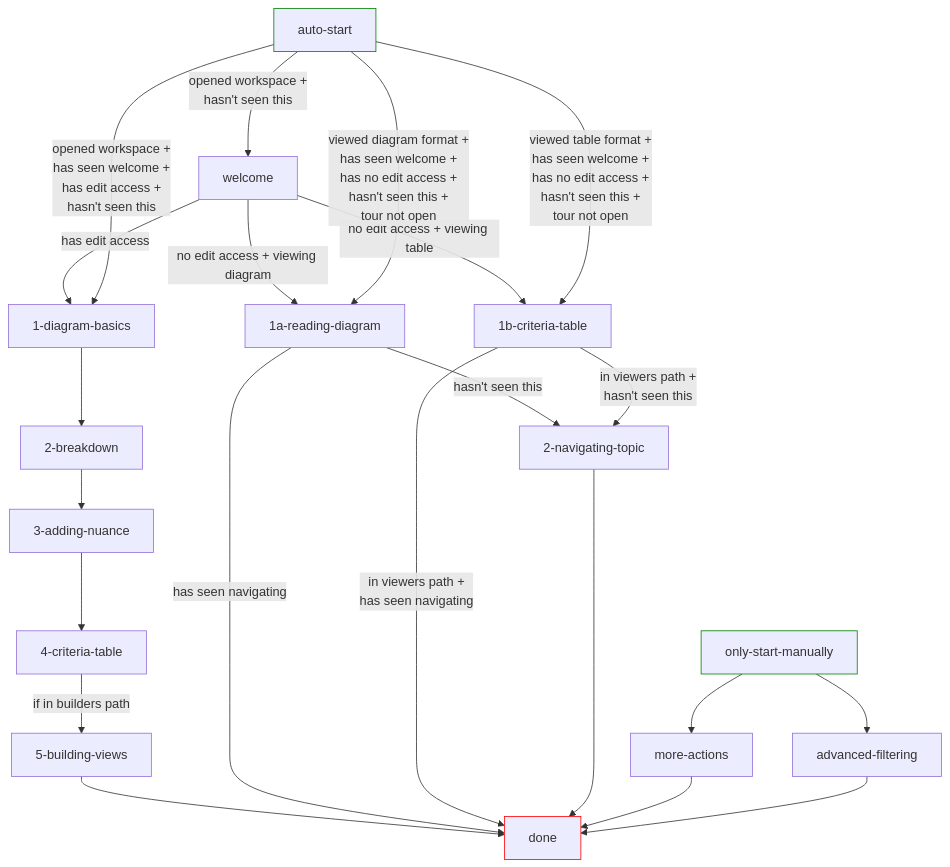
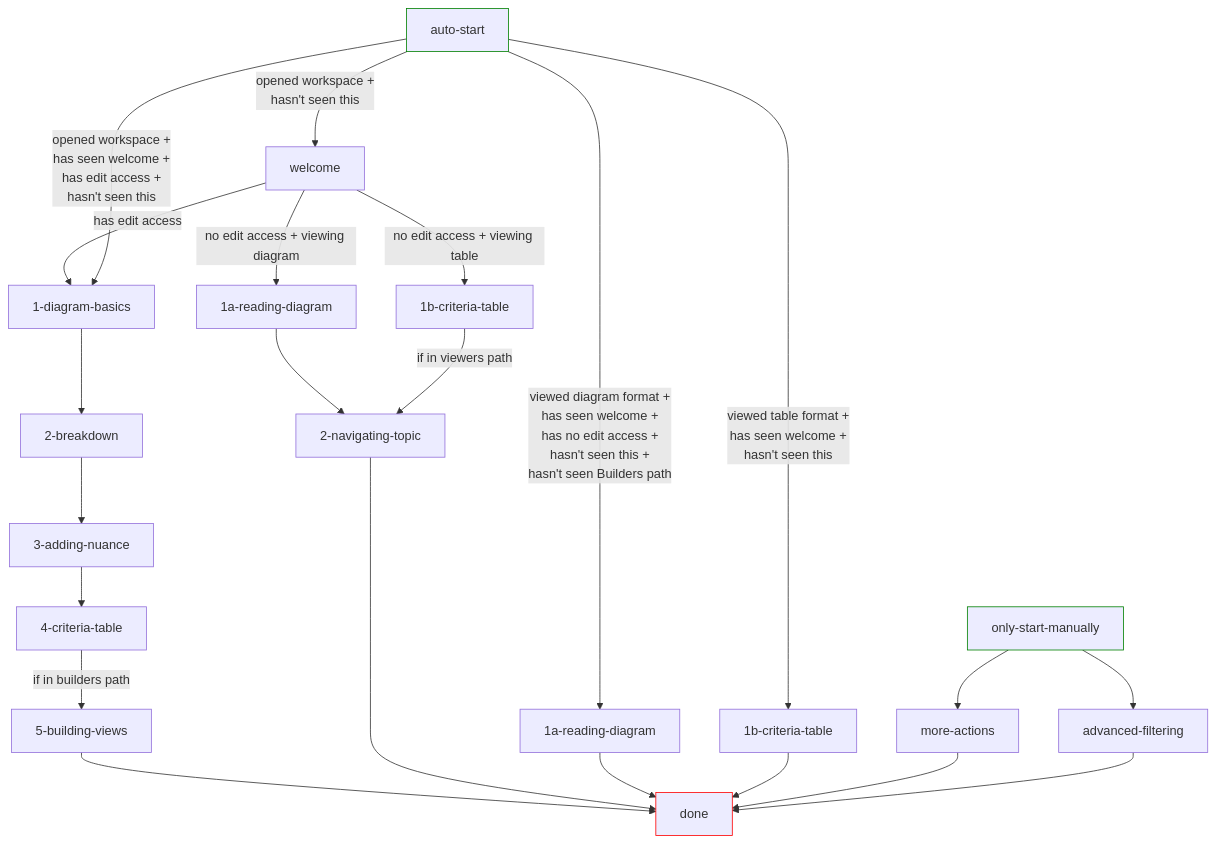
The diagram in design-docs/tutorial-paths.md (amelioro/ameliorate), drawn with Mermaid before and after one commit. The commit also changed 8 other files, not shown here.

First line of the commit message:
feat: auto-start non-welcome tutorials

````diff
--- a/design-docs/tutorial-paths.md
+++ b/design-docs/tutorial-paths.md
@@ -5,56 +5,59 @@
 ```mermaid
 flowchart TD
     welcome
     only-start-manually
     auto-start
     done
 
     %% builders
     1-diagram-basics
     2-breakdown
     3-adding-nuance
     4-criteria-table
     5-building-views
 
     %% viewers
     1a-reading-diagram
     1b-criteria-table
     2-navigating-topic
+    3a-reading-diagram[1a-reading-diagram]
+    3b-criteria-table[1b-criteria-table]
 
     %% experts
     more-actions
     advanced-filtering
 
     auto-start -- opened workspace + <br/> hasn't seen this --> welcome
 
     welcome -- has edit access --> 1-diagram-basics
     welcome -- no edit access + viewing diagram --> 1a-reading-diagram
     welcome -- no edit access + viewing table --> 1b-criteria-table
 
     1-diagram-basics --> 2-breakdown
     2-breakdown --> 3-adding-nuance
     3-adding-nuance --> 4-criteria-table
     4-criteria-table -- if in builders path --> 5-building-views
     5-building-views --> done
 
-    1a-reading-diagram -- hasn't seen this --> 2-navigating-topic
-    1a-reading-diagram -- has seen navigating --> done
-    1b-criteria-table -- in viewers path + <br/> hasn't seen this --> 2-navigating-topic
-    1b-criteria-table -- in viewers path + <br/> has seen navigating --> done
+    1a-reading-diagram --> 2-navigating-topic
+    1b-criteria-table -- if in viewers path --> 2-navigating-topic
 
     2-navigating-topic --> done
 
-    auto-start -- viewed table format + <br/> has seen welcome + <br/> has no edit access + <br/> hasn't seen this + <br/> tour not open --> 1b-criteria-table
-    auto-start -- viewed diagram format + <br/> has seen welcome + <br/> has no edit access + <br/> hasn't seen this + <br/> tour not open --> 1a-reading-diagram
+    auto-start -- viewed table format + <br/> has seen welcome + <br/> hasn't seen this --> 3b-criteria-table
+    auto-start -- viewed diagram format + <br/> has seen welcome + <br/> has no edit access + <br/> hasn't seen this + <br/> hasn't seen Builders path --> 3a-reading-diagram
     auto-start -- opened workspace + <br/> has seen welcome + <br/> has edit access + <br/> hasn't seen this --> 1-diagram-basics
+
+    3a-reading-diagram --> done
+    3b-criteria-table --> done
 
     only-start-manually --> more-actions
     more-actions --> done
 
     only-start-manually --> advanced-filtering
     advanced-filtering --> done
 
     style only-start-manually stroke:green
     style auto-start stroke:green
     style done stroke:red
 ```
````
